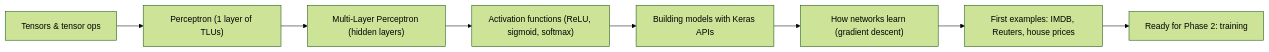
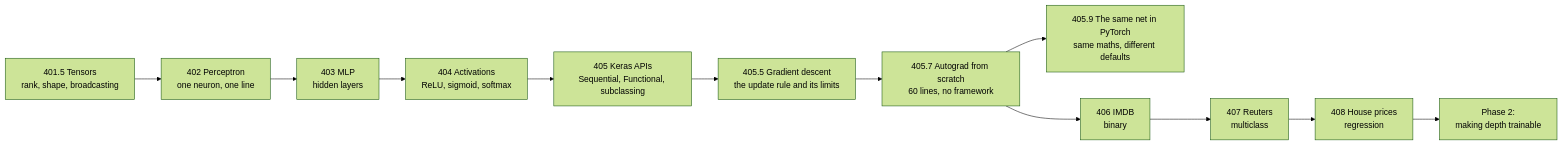
One commit to Ravikisha/PythonCentralHub changed the diagram in src/content/docs/Deep Learning/Phase 01 - Neural Network Foundations/Phase 1 - Neural Network Foundations.mdx. Above: the diagram before and after it, drawn with Mermaid (forest theme). The commit also changed other lines of this file and 626 other files, not shown here.

````diff
--- a/src/content/docs/Deep Learning/Phase 01 - Neural Network Foundations/Phase 1 - Neural Network Foundations.mdx
+++ b/src/content/docs/Deep Learning/Phase 01 - Neural Network Foundations/Phase 1 - Neural Network Foundations.mdx
@@ -30,10 +20,14 @@
 ```mermaid
 flowchart LR
-  A["Tensors & tensor ops"] --> B["Perceptron (1 layer of TLUs)"]
-  B --> C["Multi-Layer Perceptron (hidden layers)"]
-  C --> D["Activation functions (ReLU, sigmoid, softmax)"]
-  D --> E["Building models with Keras APIs"]
-  E --> G["How networks learn (gradient descent)"]
-  G --> H["First examples: IMDB, Reuters, house prices"]
-  H --> F["Ready for Phase 2: training"]
+  A["401.5 Tensors<br/>rank, shape, broadcasting"] --> B["402 Perceptron<br/>one neuron, one line"]
+  B --> C["403 MLP<br/>hidden layers"]
+  C --> D["404 Activations<br/>ReLU, sigmoid, softmax"]
+  D --> E["405 Keras APIs<br/>Sequential, Functional, subclassing"]
+  E --> F["405.5 Gradient descent<br/>the update rule and its limits"]
+  F --> G["405.7 Autograd from scratch<br/>60 lines, no framework"]
+  G --> T["405.9 The same net in PyTorch<br/>same maths, different defaults"]
+  G --> H["406 IMDB<br/>binary"]
+  H --> I["407 Reuters<br/>multiclass"]
+  I --> J["408 House prices<br/>regression"]
+  J --> K["Phase 2:<br/>making depth trainable"]
 ```
````
